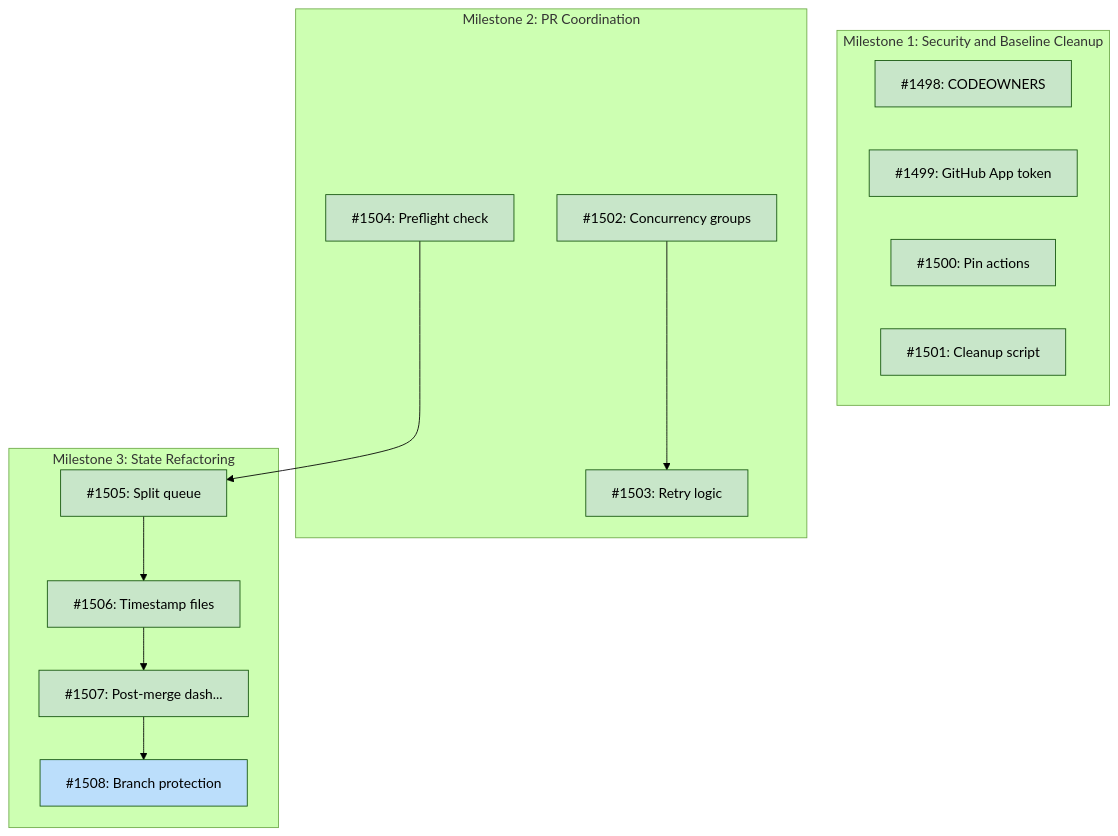
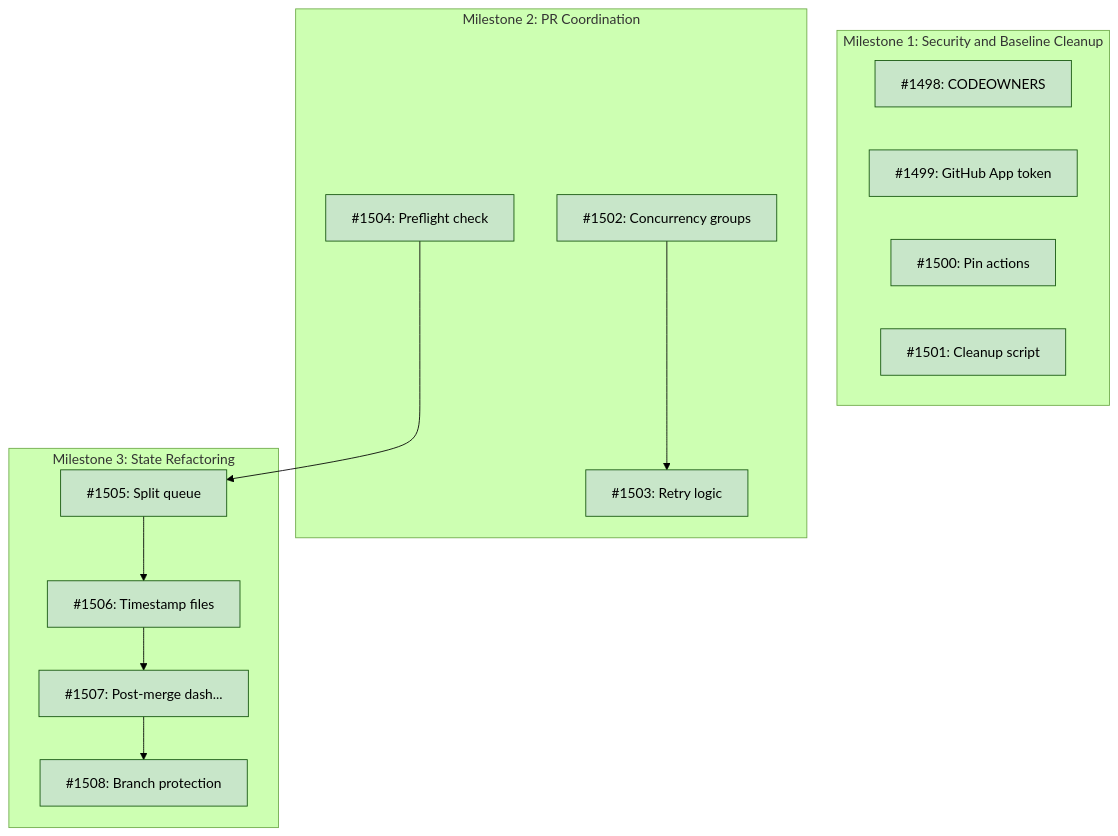
The diagram in docs/designs/DESIGN-batch-pr-coordination.md (tsukumogami/tsuku), drawn with Mermaid (forest theme) before and after one commit.

Commit message:
docs: update Mermaid diagram to mark issue #1508 as done
Fix MM15 validation error by changing I1508 node class from 'ready' to 'done'
since this PR closes issue #1508.

````diff
--- a/docs/designs/DESIGN-batch-pr-coordination.md
+++ b/docs/designs/DESIGN-batch-pr-coordination.md
@@ -80,36 +80,36 @@
 ```mermaid
 graph TD
     subgraph M1["Milestone 1: Security and Baseline Cleanup"]
         I1498["#1498: CODEOWNERS"]
         I1499["#1499: GitHub App token"]
         I1500["#1500: Pin actions"]
         I1501["#1501: Cleanup script"]
     end
 
     subgraph M2["Milestone 2: PR Coordination"]
         I1502["#1502: Concurrency groups"]
         I1503["#1503: Retry logic"]
         I1504["#1504: Preflight check"]
     end
 
     subgraph M3["Milestone 3: State Refactoring"]
         I1505["#1505: Split queue"]
         I1506["#1506: Timestamp files"]
         I1507["#1507: Post-merge dash..."]
         I1508["#1508: Branch protection"]
     end
 
     I1502 --> I1503
     I1504 --> I1505
     I1505 --> I1506
     I1506 --> I1507
     I1507 --> I1508
 
     classDef done fill:#c8e6c9
     classDef ready fill:#bbdefb
     classDef blocked fill:#fff9c4
     classDef needsDesign fill:#e1bee7
 
     class I1498,I1499,I1500,I1501,I1502,I1503,I1504,I1505,I1506,I1507 done
-    class I1508 ready
+    class I1508 done
 ```
````
